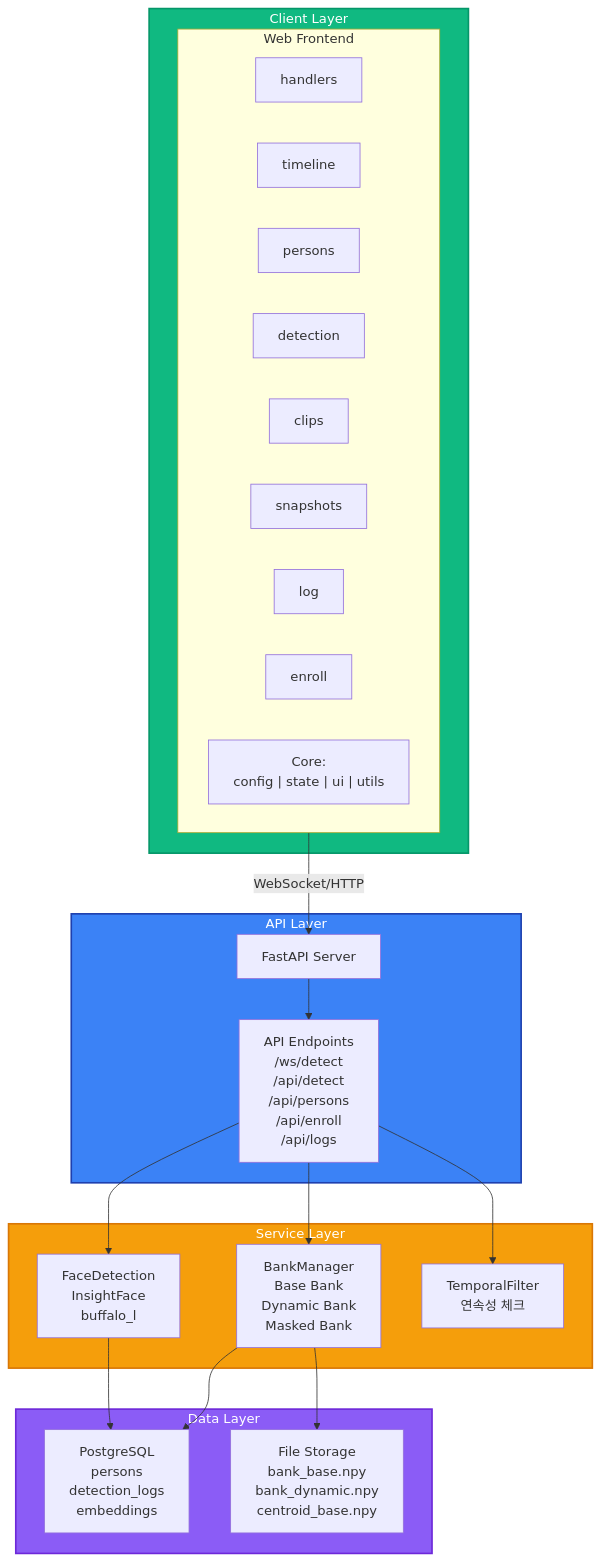
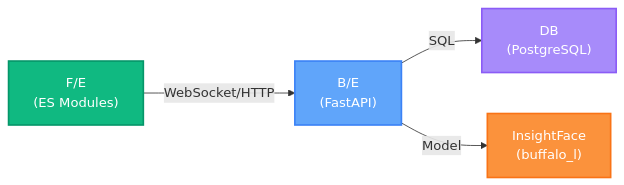
Before and after one commit to jongwoo108/EyeSis: the second of 11 diagrams in PROJECT_PLAN.md, drawn with Mermaid. The commit also changed other lines of this file, not shown here.

````diff
--- a/PROJECT_PLAN.md
+++ b/PROJECT_PLAN.md
@@ -70,46 +70,16 @@
 ```mermaid
-graph TB
-    subgraph Client["Client Layer"]
-        subgraph Frontend["Web Frontend"]
-            Handlers["handlers"]
-            Timeline["timeline"]
-            Persons["persons"]
-            Detection["detection"]
-            Clips["clips"]
-            Snapshots["snapshots"]
-            Log["log"]
-            Enroll["enroll"]
-            Core["Core:<br/>config | state | ui | utils"]
-        end
-    end
+graph LR
+    Frontend["F/E<br/>(ES Modules)"]
+    Backend["B/E<br/>(FastAPI)"]
+    Database["DB<br/>(PostgreSQL)"]
+    InsightFace["InsightFace<br/>(buffalo_l)"]
     
-    subgraph API["API Layer"]
-        FastAPI["FastAPI Server"]
-        Endpoints["API Endpoints<br/>/ws/detect<br/>/api/detect<br/>/api/persons<br/>/api/enroll<br/>/api/logs"]
-    end
+    Frontend -->|WebSocket/HTTP| Backend
+    Backend -->|SQL| Database
+    Backend -->|Model| InsightFace
     
-    subgraph Service["Service Layer"]
-        FaceDetection["FaceDetection<br/>InsightFace<br/>buffalo_l"]
-        BankManager["BankManager<br/>Base Bank<br/>Dynamic Bank<br/>Masked Bank"]
-        TemporalFilter["TemporalFilter<br/>연속성 체크"]
-    end
-    
-    subgraph Data["Data Layer"]
-        PostgreSQL["PostgreSQL<br/>persons<br/>detection_logs<br/>embeddings"]
-        FileStorage["File Storage<br/>bank_base.npy<br/>bank_dynamic.npy<br/>centroid_base.npy"]
-    end
-    
-    Frontend -->|WebSocket/HTTP| FastAPI
-    FastAPI --> Endpoints
-    Endpoints --> FaceDetection
-    Endpoints --> BankManager
-    Endpoints --> TemporalFilter
-    FaceDetection --> PostgreSQL
-    BankManager --> FileStorage
-    BankManager --> PostgreSQL
-    
-    style Client fill:#10B981,stroke:#059669,stroke-width:2px,color:#fff
-    style API fill:#3B82F6,stroke:#1E40AF,stroke-width:2px,color:#fff
-    style Service fill:#F59E0B,stroke:#D97706,stroke-width:2px,color:#fff
-    style Data fill:#8B5CF6,stroke:#6D28D9,stroke-width:2px,color:#fff
+    style Frontend fill:#10B981,stroke:#059669,stroke-width:2px,color:#fff
+    style Backend fill:#60A5FA,stroke:#3B82F6,stroke-width:2px,color:#fff
+    style Database fill:#A78BFA,stroke:#8B5CF6,stroke-width:2px,color:#fff
+    style InsightFace fill:#FB923C,stroke:#F97316,stroke-width:2px,color:#fff
 ```
````
